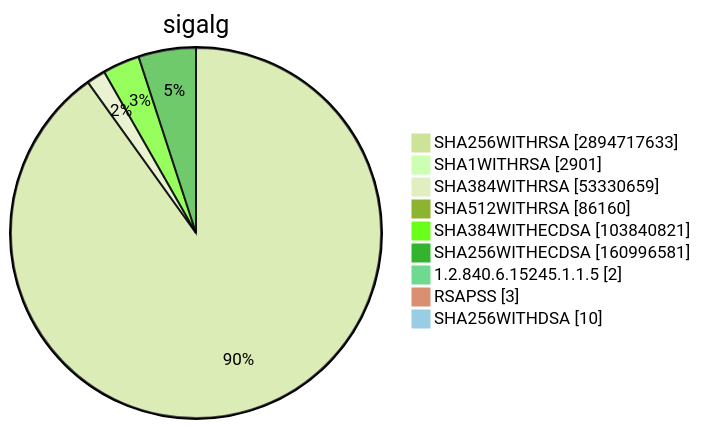
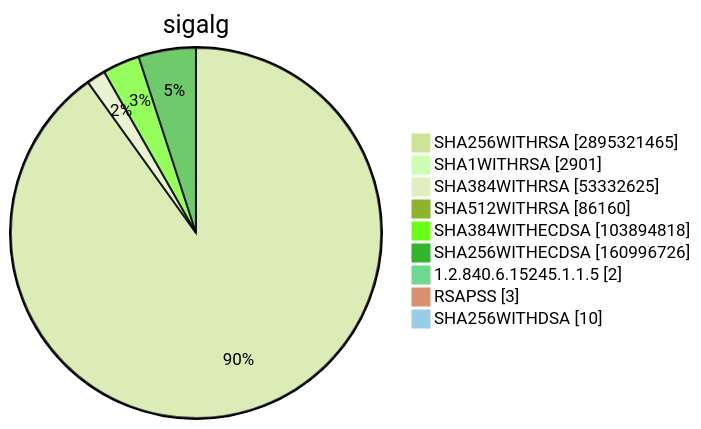
Diagram 15 of 15 in TOTAL/README.md (christiankrug/ctmonitor_visualization), drawn with Mermaid (forest theme) before and after one commit. The commit also changed other lines of this file, not shown here.

````diff
--- a/TOTAL/README.md
+++ b/TOTAL/README.md
@@ -6207,13 +6207,13 @@
 ```mermaid
 pie showData
 title sigalg
-"SHA256WITHRSA" :2894717633
+"SHA256WITHRSA" :2895321465
 "SHA1WITHRSA" :2901
-"SHA384WITHRSA" :53330659
+"SHA384WITHRSA" :53332625
 "SHA512WITHRSA" :86160
-"SHA384WITHECDSA" :103840821
-"SHA256WITHECDSA" :160996581
+"SHA384WITHECDSA" :103894818
+"SHA256WITHECDSA" :160996726
 "1.2.840.6.15245.1.1.5" :2
 "RSAPSS" :3
 "SHA256WITHDSA" :10
 ```
````
